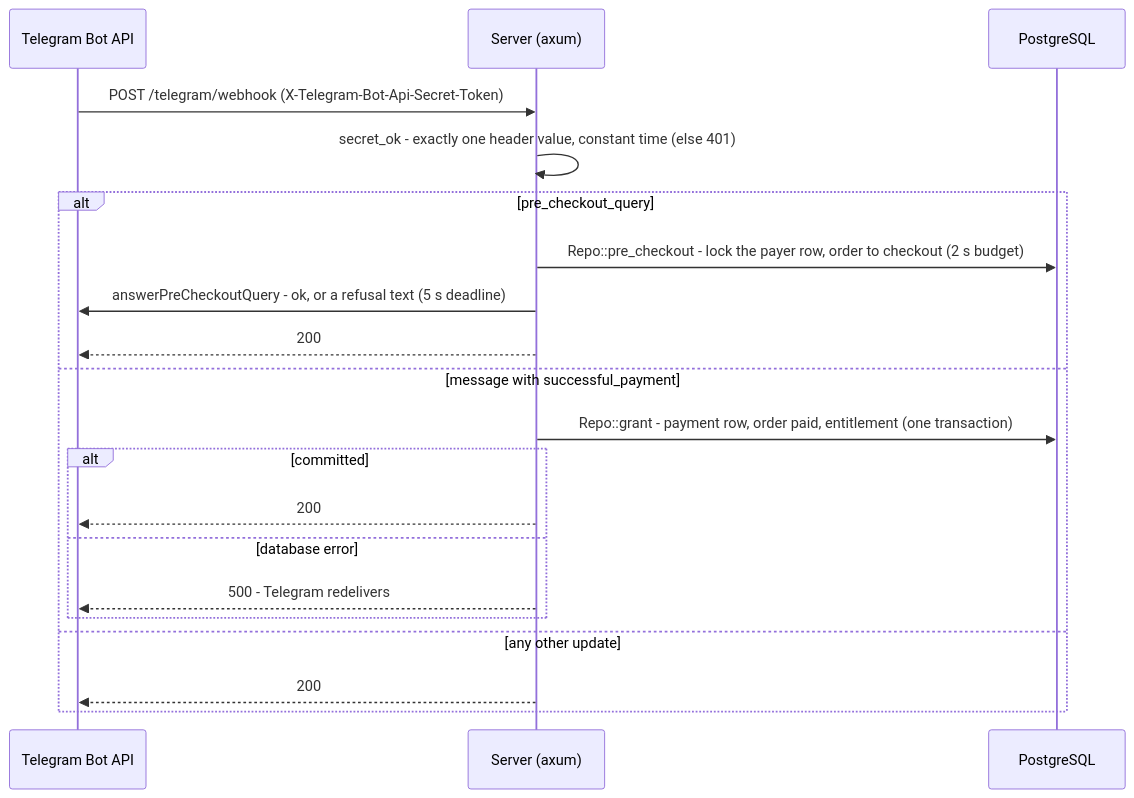
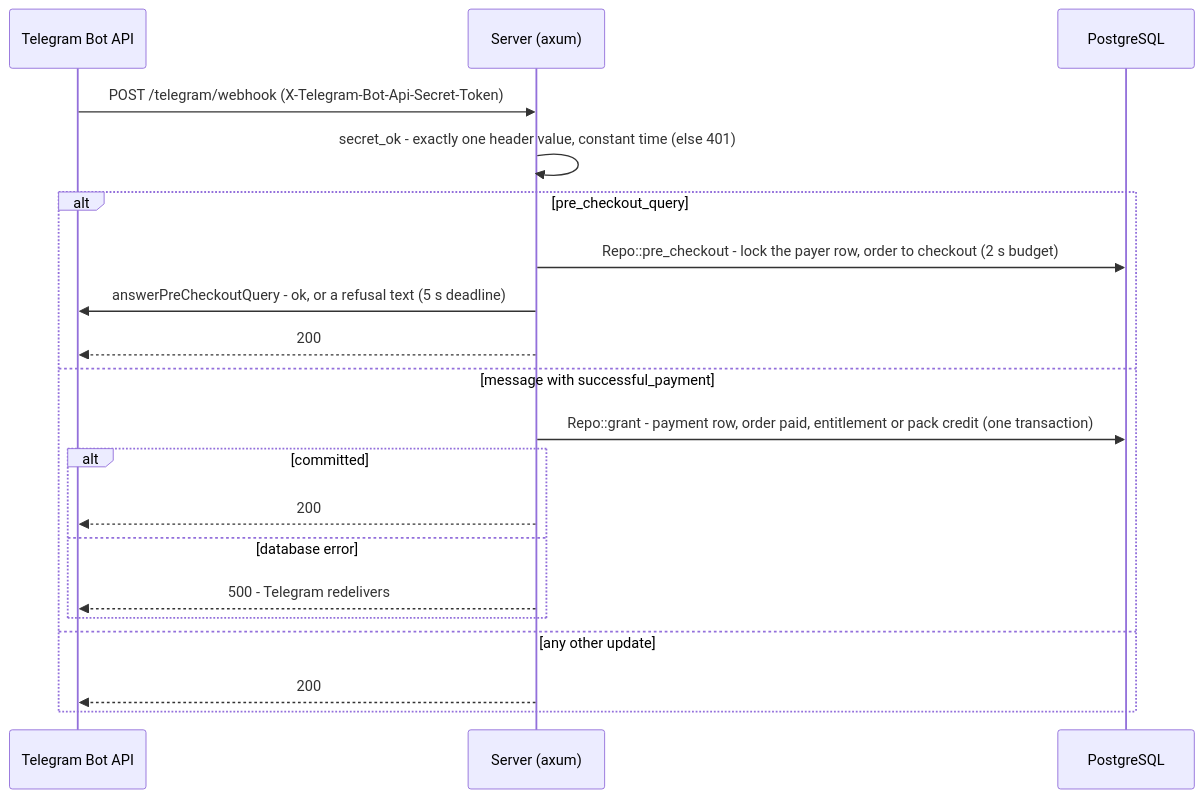
Before and after one commit to bluesteelll/tg-app-novel: the sixth of 7 diagrams in docs/ARCHITECTURE.md, drawn with Mermaid. The commit also changed other lines of this file and 1 other file, not shown here.

````diff
--- a/docs/ARCHITECTURE.md
+++ b/docs/ARCHITECTURE.md
@@ -309,22 +336,22 @@
 ```mermaid
 sequenceDiagram
     participant T as Telegram Bot API
     participant S as Server (axum)
     participant DB as PostgreSQL
     T->>S: POST /telegram/webhook (X-Telegram-Bot-Api-Secret-Token)
     S->>S: secret_ok - exactly one header value, constant time (else 401)
     alt pre_checkout_query
         S->>DB: Repo::pre_checkout - lock the payer row, order to checkout (2 s budget)
         S->>T: answerPreCheckoutQuery - ok, or a refusal text (5 s deadline)
         S-->>T: 200
     else message with successful_payment
-        S->>DB: Repo::grant - payment row, order paid, entitlement (one transaction)
+        S->>DB: Repo::grant - payment row, order paid, entitlement or pack credit (one transaction)
         alt committed
             S-->>T: 200
         else database error
             S-->>T: 500 - Telegram redelivers
         end
     else any other update
         S-->>T: 200
     end
 ```
````
